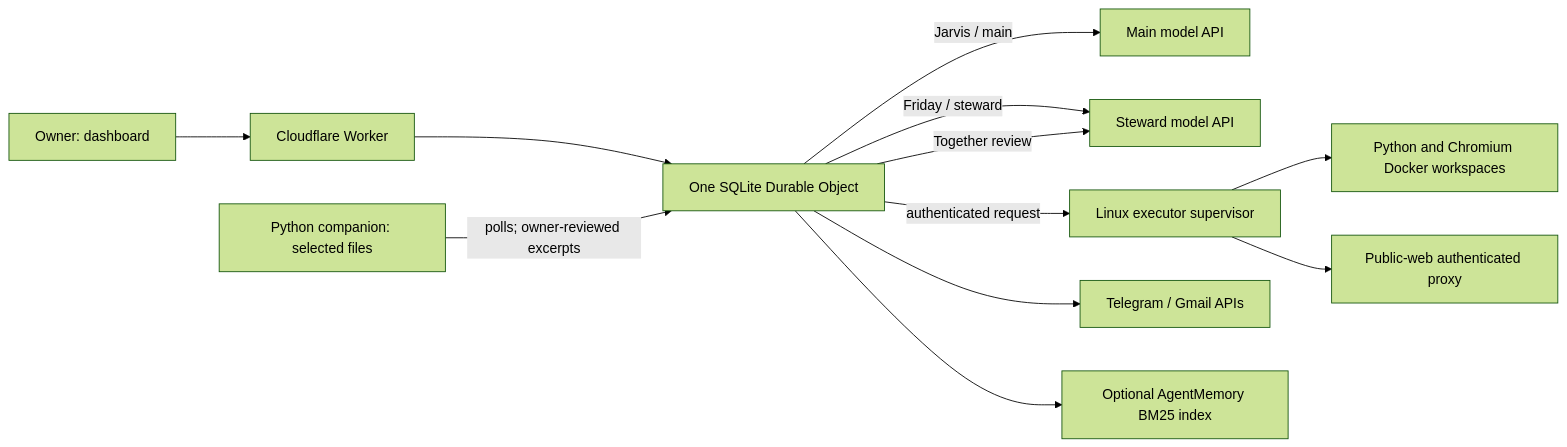
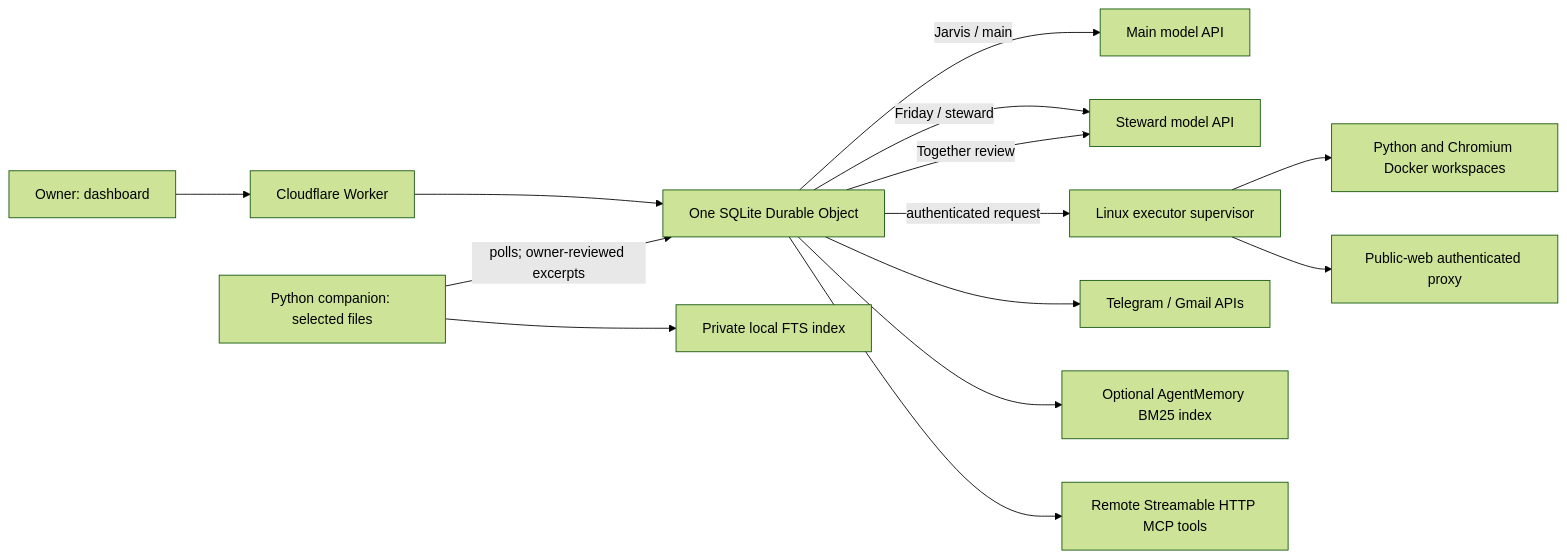
One commit to shahmanager/jarvis-meets-friday changed the diagram in docs/architecture.md. Above: the diagram before and after it, drawn with Mermaid (forest theme). The commit also changed other lines of this file and 32 other files, not shown here.

Commit message:
feat: autonomous teamwork, private local evidence and MCP office

````diff
--- a/docs/architecture.md
+++ b/docs/architecture.md
@@ -11,14 +11,16 @@
 ```mermaid
 flowchart LR
   O[Owner: dashboard] --> W[Cloudflare Worker]
   W --> D[One SQLite Durable Object]
   D -->|Jarvis / main| J[Main model API]
   D -->|Friday / steward| F[Steward model API]
   D -->|Together review| F
   L[Python companion: selected files] -->|polls; owner-reviewed excerpts| D
   D -->|authenticated request| E[Linux executor supervisor]
   E --> P[Python and Chromium Docker workspaces]
   E --> X[Public-web authenticated proxy]
   D --> T[Telegram / Gmail APIs]
   D --> M[Optional AgentMemory BM25 index]
+  D --> R[Remote Streamable HTTP MCP tools]
+  L --> I[Private local FTS index]
 ```
````
